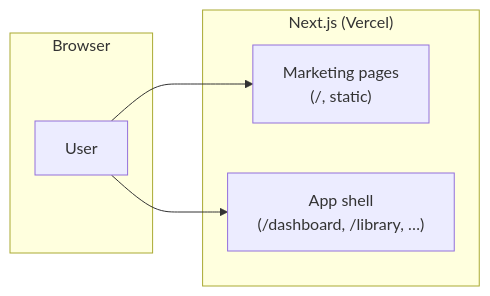
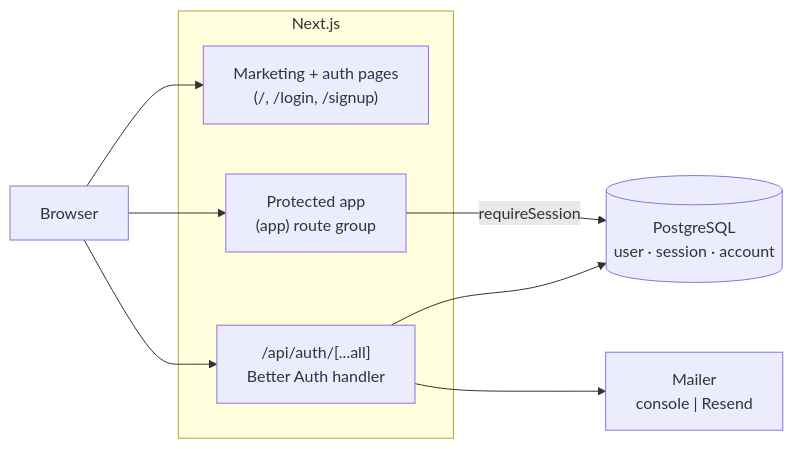
The first of 2 diagrams in docs/architecture.md (ksxngh/roost), drawn with Mermaid before and after one commit. The commit also changed other lines of this file and 47 other files, not shown here.

First line of the commit message:
feat(auth): add PostgreSQL, Prisma, and Better Auth with protected routes

````diff
--- a/docs/architecture.md
+++ b/docs/architecture.md
@@ -9,12 +9,18 @@
 ```mermaid
 flowchart LR
-    subgraph Browser
-        U[User]
+    U[Browser]
+    subgraph "Next.js"
+        M["Marketing + auth pages\n(/, /login, /signup)"]
+        A["Protected app\n(app) route group"]
+        H["/api/auth/[...all]\nBetter Auth handler"]
     end
-    subgraph "Next.js (Vercel)"
-        M["Marketing pages\n(/, static)"]
-        A["App shell\n(/dashboard, /library, …)"]
-    end
+    DB[("PostgreSQL\nuser · session · account")]
+    MAIL["Mailer\nconsole | Resend"]
+
     U --> M
     U --> A
+    U --> H
+    A -->|requireSession| DB
+    H --> DB
+    H --> MAIL
 ```
````
